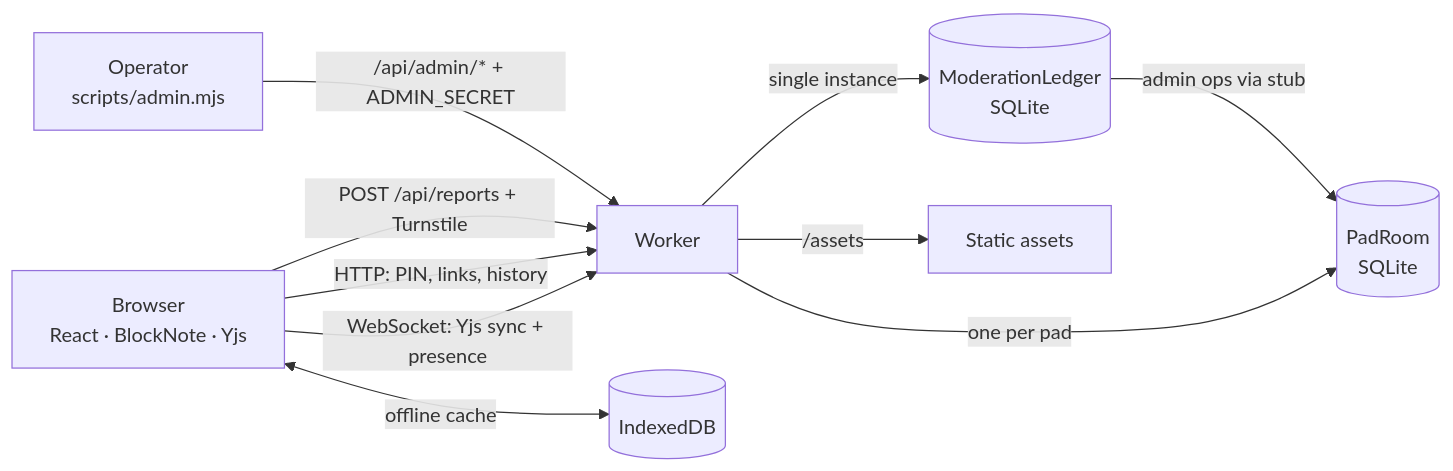
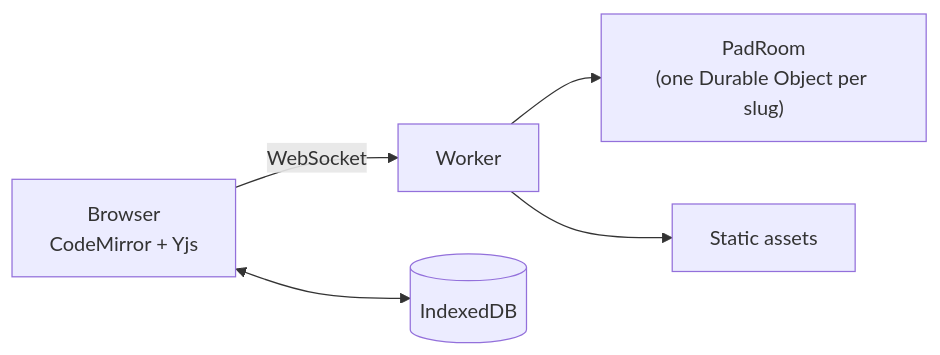
One commit to idcesares/padline changed the diagram in docs/architecture.md. Above: the diagram before and after it, drawn with Mermaid. The commit also changed other lines of this file and 11 other files, not shown here.

````diff
--- a/docs/architecture.md
+++ b/docs/architecture.md
@@ -24,12 +9,7 @@
 ```mermaid
 flowchart LR
-    B["Browser<br/>React · BlockNote · Yjs"] -->|WebSocket: Yjs sync + presence| W[Worker]
-    B -->|HTTP: PIN, links, history| W
-    B -->|POST /api/reports + Turnstile| W
-    O["Operator<br/>scripts/admin.mjs"] -->|/api/admin/* + ADMIN_SECRET| W
-    W -->|one per pad| R[("PadRoom<br/>SQLite")]
-    W -->|single instance| L[("ModerationLedger<br/>SQLite")]
-    L -->|admin ops via stub| R
-    W -->|/assets| A[Static assets]
-    B <-->|offline cache| I[(IndexedDB)]
+    B["Browser<br/>CodeMirror + Yjs"] -->|"WebSocket"| W[Worker]
+    W --> R["PadRoom<br/>(one Durable Object per slug)"]
+    W --> A[Static assets]
+    B <--> IDB[(IndexedDB)]
 ```
````
